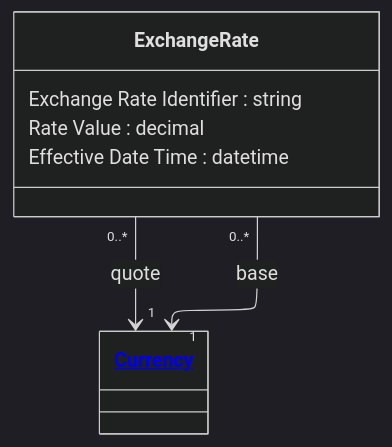
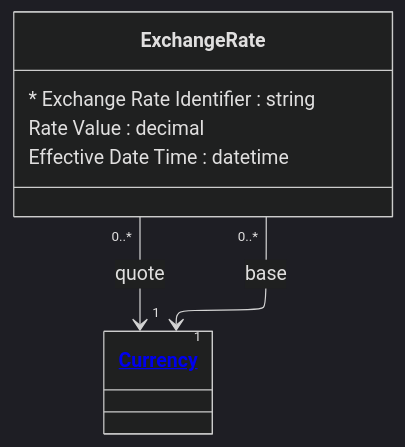
The diagram in examples/Financial Crime/entities/exchange-rate.md (Semprini/md-ddl), drawn with Mermaid (dark theme) before and after one commit. The commit also changed 60 other files, not shown here.

````diff
--- a/examples/Financial Crime/entities/exchange-rate.md
+++ b/examples/Financial Crime/entities/exchange-rate.md
@@ -9,17 +9,17 @@
 ```mermaid
 ---
 config:
   layout: elk
 ---
 classDiagram
   class ExchangeRate{
-    Exchange Rate Identifier : string
+    * Exchange Rate Identifier : string
     Rate Value : decimal
     Effective Date Time : datetime
   }
 
   ExchangeRate "0..*" --> "1" Currency : base
   ExchangeRate "0..*" --> "1" Currency : quote
 
   class Currency["<a href='currency.md'>Currency</a>"]
 ```
````
